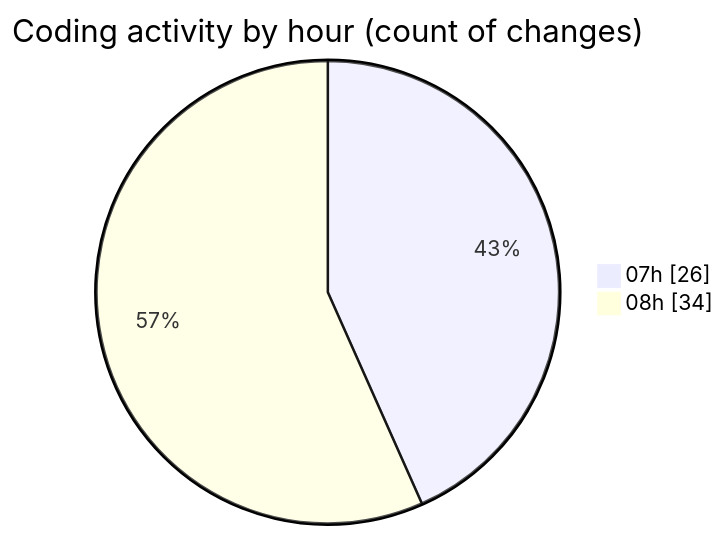
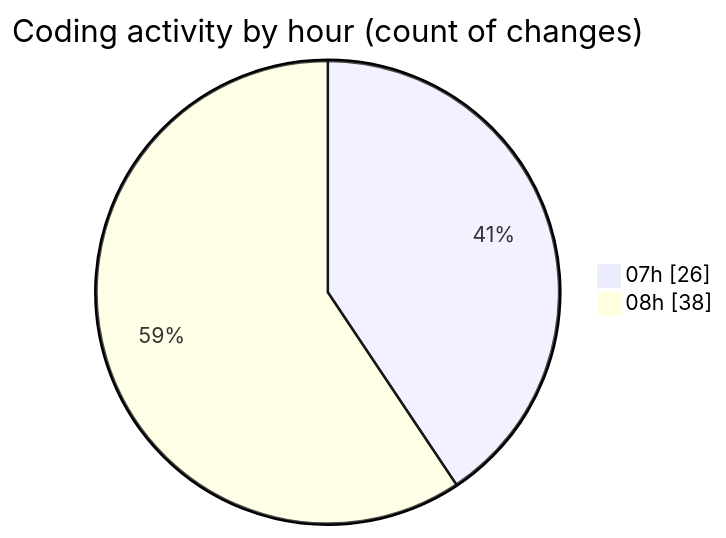
One commit to vahidmafi/code-tracking changed the second of 2 diagrams in 2025-10-04/shop/README.md. Above: the diagram before and after it, drawn with Mermaid. The commit also changed other lines of this file and 1 other file, not shown here.

````diff
--- a/2025-10-04/shop/README.md
+++ b/2025-10-04/shop/README.md
@@ -45,6 +45,6 @@
 ```mermaid
 pie showData
 title Coding activity by hour (count of changes)
 "07h" : 26
-"08h" : 34
+"08h" : 38
 ```
````
